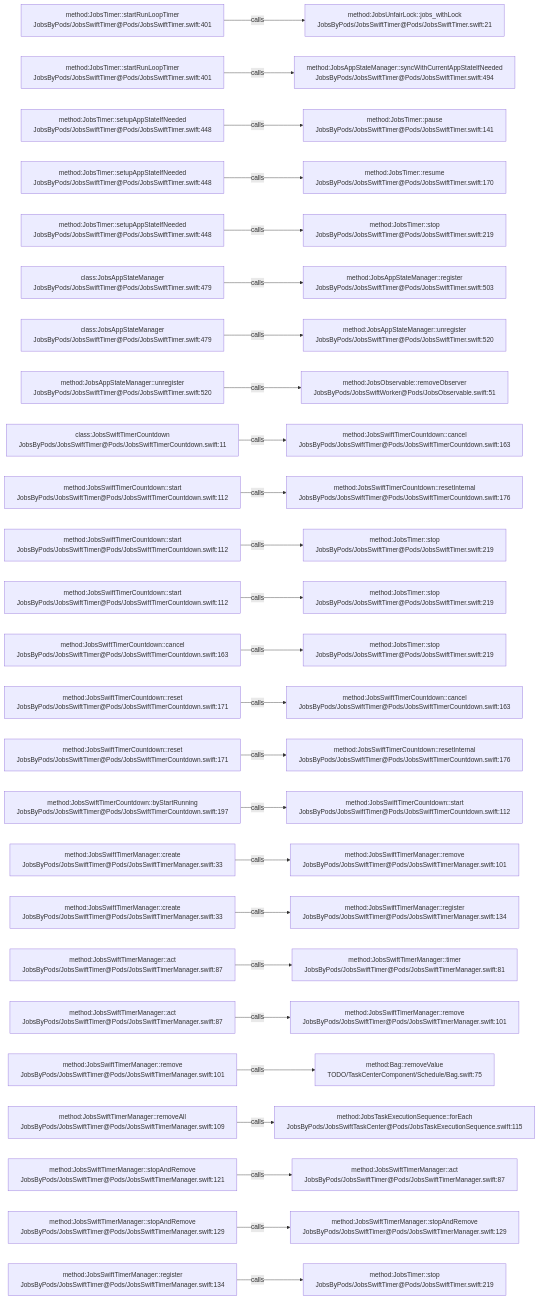
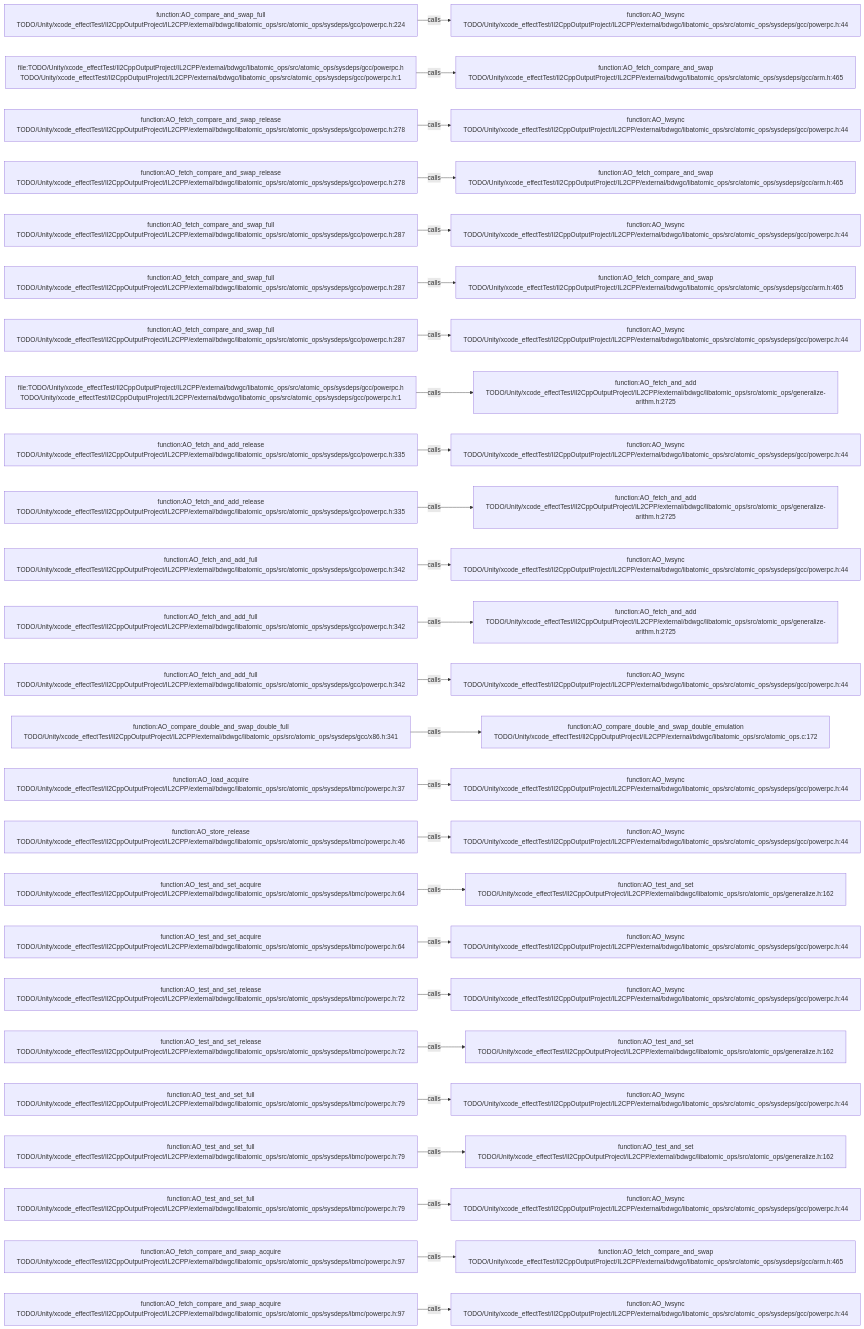
Before and after one commit to JobsKits/JobsSwiftBaseConfigDemo: the diagram in .codegraph/codegraph.md/graphs/calls-191.md, drawn with Mermaid. The commit also changed 569 other files, not shown here.

````diff
--- a/.codegraph/codegraph.md/graphs/calls-191.md
+++ b/.codegraph/codegraph.md/graphs/calls-191.md
@@ -13,78 +13,78 @@
 ```mermaid
 flowchart LR
-  S1["method:JobsTimer::startRunLoopTimer<br/>JobsByPods/JobsSwiftTimer@Pods/JobsSwiftTimer.swift:401"]
-  T1["method:JobsUnfairLock::jobs_withLock<br/>JobsByPods/JobsSwiftTimer@Pods/JobsSwiftTimer.swift:21"]
+  S1["function:AO_compare_and_swap_full<br/>TODO/Unity/xcode_effectTest/Il2CppOutputProject/IL2CPP/external/bdwgc/libatomic_ops/src/atomic_ops/sysdeps/gcc/powerpc.h:224"]
+  T1["function:AO_lwsync<br/>TODO/Unity/xcode_effectTest/Il2CppOutputProject/IL2CPP/external/bdwgc/libatomic_ops/src/atomic_ops/sysdeps/gcc/powerpc.h:44"]
   S1 -->|calls| T1
-  S2["method:JobsTimer::startRunLoopTimer<br/>JobsByPods/JobsSwiftTimer@Pods/JobsSwiftTimer.swift:401"]
-  T2["method:JobsAppStateManager::syncWithCurrentAppStateIfNeeded<br/>JobsByPods/JobsSwiftTimer@Pods/JobsSwiftTimer.swift:494"]
+  S2["file:TODO/Unity/xcode_effectTest/Il2CppOutputProject/IL2CPP/external/bdwgc/libatomic_ops/src/atomic_ops/sysdeps/gcc/powerpc.h<br/>TODO/Unity/xcode_effectTest/Il2CppOutputProject/IL2CPP/external/bdwgc/libatomic_ops/src/atomic_ops/sysdeps/gcc/powerpc.h:1"]
+  T2["function:AO_fetch_compare_and_swap<br/>TODO/Unity/xcode_effectTest/Il2CppOutputProject/IL2CPP/external/bdwgc/libatomic_ops/src/atomic_ops/sysdeps/gcc/arm.h:465"]
   S2 -->|calls| T2
-  S3["method:JobsTimer::setupAppStateIfNeeded<br/>JobsByPods/JobsSwiftTimer@Pods/JobsSwiftTimer.swift:448"]
-  T3["method:JobsTimer::pause<br/>JobsByPods/JobsSwiftTimer@Pods/JobsSwiftTimer.swift:141"]
+  S3["function:AO_fetch_compare_and_swap_release<br/>TODO/Unity/xcode_effectTest/Il2CppOutputProject/IL2CPP/external/bdwgc/libatomic_ops/src/atomic_ops/sysdeps/gcc/powerpc.h:278"]
+  T3["function:AO_lwsync<br/>TODO/Unity/xcode_effectTest/Il2CppOutputProject/IL2CPP/external/bdwgc/libatomic_ops/src/atomic_ops/sysdeps/gcc/powerpc.h:44"]
   S3 -->|calls| T3
-  S4["method:JobsTimer::setupAppStateIfNeeded<br/>JobsByPods/JobsSwiftTimer@Pods/JobsSwiftTimer.swift:448"]
-  T4["method:JobsTimer::resume<br/>JobsByPods/JobsSwiftTimer@Pods/JobsSwiftTimer.swift:170"]
+  S4["function:AO_fetch_compare_and_swap_release<br/>TODO/Unity/xcode_effectTest/Il2CppOutputProject/IL2CPP/external/bdwgc/libatomic_ops/src/atomic_ops/sysdeps/gcc/powerpc.h:278"]
+  T4["function:AO_fetch_compare_and_swap<br/>TODO/Unity/xcode_effectTest/Il2CppOutputProject/IL2CPP/external/bdwgc/libatomic_ops/src/atomic_ops/sysdeps/gcc/arm.h:465"]
   S4 -->|calls| T4
-  S5["method:JobsTimer::setupAppStateIfNeeded<br/>JobsByPods/JobsSwiftTimer@Pods/JobsSwiftTimer.swift:448"]
-  T5["method:JobsTimer::stop<br/>JobsByPods/JobsSwiftTimer@Pods/JobsSwiftTimer.swift:219"]
+  S5["function:AO_fetch_compare_and_swap_full<br/>TODO/Unity/xcode_effectTest/Il2CppOutputProject/IL2CPP/external/bdwgc/libatomic_ops/src/atomic_ops/sysdeps/gcc/powerpc.h:287"]
+  T5["function:AO_lwsync<br/>TODO/Unity/xcode_effectTest/Il2CppOutputProject/IL2CPP/external/bdwgc/libatomic_ops/src/atomic_ops/sysdeps/gcc/powerpc.h:44"]
   S5 -->|calls| T5
-  S6["class:JobsAppStateManager<br/>JobsByPods/JobsSwiftTimer@Pods/JobsSwiftTimer.swift:479"]
-  T6["method:JobsAppStateManager::register<br/>JobsByPods/JobsSwiftTimer@Pods/JobsSwiftTimer.swift:503"]
+  S6["function:AO_fetch_compare_and_swap_full<br/>TODO/Unity/xcode_effectTest/Il2CppOutputProject/IL2CPP/external/bdwgc/libatomic_ops/src/atomic_ops/sysdeps/gcc/powerpc.h:287"]
+  T6["function:AO_fetch_compare_and_swap<br/>TODO/Unity/xcode_effectTest/Il2CppOutputProject/IL2CPP/external/bdwgc/libatomic_ops/src/atomic_ops/sysdeps/gcc/arm.h:465"]
   S6 -->|calls| T6
-  S7["class:JobsAppStateManager<br/>JobsByPods/JobsSwiftTimer@Pods/JobsSwiftTimer.swift:479"]
-  T7["method:JobsAppStateManager::unregister<br/>JobsByPods/JobsSwiftTimer@Pods/JobsSwiftTimer.swift:520"]
+  S7["function:AO_fetch_compare_and_swap_full<br/>TODO/Unity/xcode_effectTest/Il2CppOutputProject/IL2CPP/external/bdwgc/libatomic_ops/src/atomic_ops/sysdeps/gcc/powerpc.h:287"]
+  T7["function:AO_lwsync<br/>TODO/Unity/xcode_effectTest/Il2CppOutputProject/IL2CPP/external/bdwgc/libatomic_ops/src/atomic_ops/sysdeps/gcc/powerpc.h:44"]
   S7 -->|calls| T7
-  S8["method:JobsAppStateManager::unregister<br/>JobsByPods/JobsSwiftTimer@Pods/JobsSwiftTimer.swift:520"]
-  T8["method:JobsObservable::removeObserver<br/>JobsByPods/JobsSwiftWorker@Pods/JobsObservable.swift:51"]
+  S8["file:TODO/Unity/xcode_effectTest/Il2CppOutputProject/IL2CPP/external/bdwgc/libatomic_ops/src/atomic_ops/sysdeps/gcc/powerpc.h<br/>TODO/Unity/xcode_effectTest/Il2CppOutputProject/IL2CPP/external/bdwgc/libatomic_ops/src/atomic_ops/sysdeps/gcc/powerpc.h:1"]
+  T8["function:AO_fetch_and_add<br/>TODO/Unity/xcode_effectTest/Il2CppOutputProject/IL2CPP/external/bdwgc/libatomic_ops/src/atomic_ops/generalize-arithm.h:2725"]
   S8 -->|calls| T8
-  S9["class:JobsSwiftTimerCountdown<br/>JobsByPods/JobsSwiftTimer@Pods/JobsSwiftTimerCountdown.swift:11"]
-  T9["method:JobsSwiftTimerCountdown::cancel<br/>JobsByPods/JobsSwiftTimer@Pods/JobsSwiftTimerCountdown.swift:163"]
+  S9["function:AO_fetch_and_add_release<br/>TODO/Unity/xcode_effectTest/Il2CppOutputProject/IL2CPP/external/bdwgc/libatomic_ops/src/atomic_ops/sysdeps/gcc/powerpc.h:335"]
+  T9["function:AO_lwsync<br/>TODO/Unity/xcode_effectTest/Il2CppOutputProject/IL2CPP/external/bdwgc/libatomic_ops/src/atomic_ops/sysdeps/gcc/powerpc.h:44"]
   S9 -->|calls| T9
-  S10["method:JobsSwiftTimerCountdown::start<br/>JobsByPods/JobsSwiftTimer@Pods/JobsSwiftTimerCountdown.swift:112"]
-  T10["method:JobsSwiftTimerCountdown::resetInternal<br/>JobsByPods/JobsSwiftTimer@Pods/JobsSwiftTimerCountdown.swift:176"]
+  S10["function:AO_fetch_and_add_release<br/>TODO/Unity/xcode_effectTest/Il2CppOutputProject/IL2CPP/external/bdwgc/libatomic_ops/src/atomic_ops/sysdeps/gcc/powerpc.h:335"]
+  T10["function:AO_fetch_and_add<br/>TODO/Unity/xcode_effectTest/Il2CppOutputProject/IL2CPP/external/bdwgc/libatomic_ops/src/atomic_ops/generalize-arithm.h:2725"]
   S10 -->|calls| T10
-  S11["method:JobsSwiftTimerCountdown::start<br/>JobsByPods/JobsSwiftTimer@Pods/JobsSwiftTimerCountdown.swift:112"]
-  T11["method:JobsTimer::stop<br/>JobsByPods/JobsSwiftTimer@Pods/JobsSwiftTimer.swift:219"]
+  S11["function:AO_fetch_and_add_full<br/>TODO/Unity/xcode_effectTest/Il2CppOutputProject/IL2CPP/external/bdwgc/libatomic_ops/src/atomic_ops/sysdeps/gcc/powerpc.h:342"]
+  T11["function:AO_lwsync<br/>TODO/Unity/xcode_effectTest/Il2CppOutputProject/IL2CPP/external/bdwgc/libatomic_ops/src/atomic_ops/sysdeps/gcc/powerpc.h:44"]
   S11 -->|calls| T11
-  S12["method:JobsSwiftTimerCountdown::start<br/>JobsByPods/JobsSwiftTimer@Pods/JobsSwiftTimerCountdown.swift:112"]
-  T12["method:JobsTimer::stop<br/>JobsByPods/JobsSwiftTimer@Pods/JobsSwiftTimer.swift:219"]
+  S12["function:AO_fetch_and_add_full<br/>TODO/Unity/xcode_effectTest/Il2CppOutputProject/IL2CPP/external/bdwgc/libatomic_ops/src/atomic_ops/sysdeps/gcc/powerpc.h:342"]
+  T12["function:AO_fetch_and_add<br/>TODO/Unity/xcode_effectTest/Il2CppOutputProject/IL2CPP/external/bdwgc/libatomic_ops/src/atomic_ops/generalize-arithm.h:2725"]
   S12 -->|calls| T12
-  S13["method:JobsSwiftTimerCountdown::cancel<br/>JobsByPods/JobsSwiftTimer@Pods/JobsSwiftTimerCountdown.swift:163"]
-  T13["method:JobsTimer::stop<br/>JobsByPods/JobsSwiftTimer@Pods/JobsSwiftTimer.swift:219"]
+  S13["function:AO_fetch_and_add_full<br/>TODO/Unity/xcode_effectTest/Il2CppOutputProject/IL2CPP/external/bdwgc/libatomic_ops/src/atomic_ops/sysdeps/gcc/powerpc.h:342"]
+  T13["function:AO_lwsync<br/>TODO/Unity/xcode_effectTest/Il2CppOutputProject/IL2CPP/external/bdwgc/libatomic_ops/src/atomic_ops/sysdeps/gcc/powerpc.h:44"]
   S13 -->|calls| T13
-  S14["method:JobsSwiftTimerCountdown::reset<br/>JobsByPods/JobsSwiftTimer@Pods/JobsSwiftTimerCountdown.swift:171"]
-  T14["method:JobsSwiftTimerCountdown::cancel<br/>JobsByPods/JobsSwiftTimer@Pods/JobsSwiftTimerCountdown.swift:163"]
+  S14["function:AO_compare_double_and_swap_double_full<br/>TODO/Unity/xcode_effectTest/Il2CppOutputProject/IL2CPP/external/bdwgc/libatomic_ops/src/atomic_ops/sysdeps/gcc/x86.h:341"]
+  T14["function:AO_compare_double_and_swap_double_emulation<br/>TODO/Unity/xcode_effectTest/Il2CppOutputProject/IL2CPP/external/bdwgc/libatomic_ops/src/atomic_ops.c:172"]
   S14 -->|calls| T14
-  S15["method:JobsSwiftTimerCountdown::reset<br/>JobsByPods/JobsSwiftTimer@Pods/JobsSwiftTimerCountdown.swift:171"]
-  T15["method:JobsSwiftTimerCountdown::resetInternal<br/>JobsByPods/JobsSwiftTimer@Pods/JobsSwiftTimerCountdown.swift:176"]
+  S15["function:AO_load_acquire<br/>TODO/Unity/xcode_effectTest/Il2CppOutputProject/IL2CPP/external/bdwgc/libatomic_ops/src/atomic_ops/sysdeps/ibmc/powerpc.h:37"]
+  T15["function:AO_lwsync<br/>TODO/Unity/xcode_effectTest/Il2CppOutputProject/IL2CPP/external/bdwgc/libatomic_ops/src/atomic_ops/sysdeps/gcc/powerpc.h:44"]
   S15 -->|calls| T15
-  S16["method:JobsSwiftTimerCountdown::byStartRunning<br/>JobsByPods/JobsSwiftTimer@Pods/JobsSwiftTimerCountdown.swift:197"]
-  T16["method:JobsSwiftTimerCountdown::start<br/>JobsByPods/JobsSwiftTimer@Pods/JobsSwiftTimerCountdown.swift:112"]
+  S16["function:AO_store_release<br/>TODO/Unity/xcode_effectTest/Il2CppOutputProject/IL2CPP/external/bdwgc/libatomic_ops/src/atomic_ops/sysdeps/ibmc/powerpc.h:46"]
+  T16["function:AO_lwsync<br/>TODO/Unity/xcode_effectTest/Il2CppOutputProject/IL2CPP/external/bdwgc/libatomic_ops/src/atomic_ops/sysdeps/gcc/powerpc.h:44"]
   S16 -->|calls| T16
-  S17["method:JobsSwiftTimerManager::create<br/>JobsByPods/JobsSwiftTimer@Pods/JobsSwiftTimerManager.swift:33"]
-  T17["method:JobsSwiftTimerManager::remove<br/>JobsByPods/JobsSwiftTimer@Pods/JobsSwiftTimerManager.swift:101"]
+  S17["function:AO_test_and_set_acquire<br/>TODO/Unity/xcode_effectTest/Il2CppOutputProject/IL2CPP/external/bdwgc/libatomic_ops/src/atomic_ops/sysdeps/ibmc/powerpc.h:64"]
+  T17["function:AO_test_and_set<br/>TODO/Unity/xcode_effectTest/Il2CppOutputProject/IL2CPP/external/bdwgc/libatomic_ops/src/atomic_ops/generalize.h:162"]
   S17 -->|calls| T17
-  S18["method:JobsSwiftTimerManager::create<br/>JobsByPods/JobsSwiftTimer@Pods/JobsSwiftTimerManager.swift:33"]
-  T18["method:JobsSwiftTimerManager::register<br/>JobsByPods/JobsSwiftTimer@Pods/JobsSwiftTimerManager.swift:134"]
+  S18["function:AO_test_and_set_acquire<br/>TODO/Unity/xcode_effectTest/Il2CppOutputProject/IL2CPP/external/bdwgc/libatomic_ops/src/atomic_ops/sysdeps/ibmc/powerpc.h:64"]
+  T18["function:AO_lwsync<br/>TODO/Unity/xcode_effectTest/Il2CppOutputProject/IL2CPP/external/bdwgc/libatomic_ops/src/atomic_ops/sysdeps/gcc/powerpc.h:44"]
   S18 -->|calls| T18
-  S19["method:JobsSwiftTimerManager::act<br/>JobsByPods/JobsSwiftTimer@Pods/JobsSwiftTimerManager.swift:87"]
-  T19["method:JobsSwiftTimerManager::timer<br/>JobsByPods/JobsSwiftTimer@Pods/JobsSwiftTimerManager.swift:81"]
+  S19["function:AO_test_and_set_release<br/>TODO/Unity/xcode_effectTest/Il2CppOutputProject/IL2CPP/external/bdwgc/libatomic_ops/src/atomic_ops/sysdeps/ibmc/powerpc.h:72"]
+  T19["function:AO_lwsync<br/>TODO/Unity/xcode_effectTest/Il2CppOutputProject/IL2CPP/external/bdwgc/libatomic_ops/src/atomic_ops/sysdeps/gcc/powerpc.h:44"]
   S19 -->|calls| T19
-  S20["method:JobsSwiftTimerManager::act<br/>JobsByPods/JobsSwiftTimer@Pods/JobsSwiftTimerManager.swift:87"]
-  T20["method:JobsSwiftTimerManager::remove<br/>JobsByPods/JobsSwiftTimer@Pods/JobsSwiftTimerManager.swift:101"]
+  S20["function:AO_test_and_set_release<br/>TODO/Unity/xcode_effectTest/Il2CppOutputProject/IL2CPP/external/bdwgc/libatomic_ops/src/atomic_ops/sysdeps/ibmc/powerpc.h:72"]
+  T20["function:AO_test_and_set<br/>TODO/Unity/xcode_effectTest/Il2CppOutputProject/IL2CPP/external/bdwgc/libatomic_ops/src/atomic_ops/generalize.h:162"]
   S20 -->|calls| T20
-  S21["method:JobsSwiftTimerManager::remove<br/>JobsByPods/JobsSwiftTimer@Pods/JobsSwiftTimerManager.swift:101"]
-  T21["method:Bag::removeValue<br/>TODO/TaskCenterComponent/Schedule/Bag.swift:75"]
+  S21["function:AO_test_and_set_full<br/>TODO/Unity/xcode_effectTest/Il2CppOutputProject/IL2CPP/external/bdwgc/libatomic_ops/src/atomic_ops/sysdeps/ibmc/powerpc.h:79"]
+  T21["function:AO_lwsync<br/>TODO/Unity/xcode_effectTest/Il2CppOutputProject/IL2CPP/external/bdwgc/libatomic_ops/src/atomic_ops/sysdeps/gcc/powerpc.h:44"]
   S21 -->|calls| T21
-  S22["method:JobsSwiftTimerManager::removeAll<br/>JobsByPods/JobsSwiftTimer@Pods/JobsSwiftTimerManager.swift:109"]
-  T22["method:JobsTaskExecutionSequence::forEach<br/>JobsByPods/JobsSwiftTaskCenter@Pods/JobsTaskExecutionSequence.swift:115"]
+  S22["function:AO_test_and_set_full<br/>TODO/Unity/xcode_effectTest/Il2CppOutputProject/IL2CPP/external/bdwgc/libatomic_ops/src/atomic_ops/sysdeps/ibmc/powerpc.h:79"]
+  T22["function:AO_test_and_set<br/>TODO/Unity/xcode_effectTest/Il2CppOutputProject/IL2CPP/external/bdwgc/libatomic_ops/src/atomic_ops/generalize.h:162"]
   S22 -->|calls| T22
-  S23["method:JobsSwiftTimerManager::stopAndRemove<br/>JobsByPods/JobsSwiftTimer@Pods/JobsSwiftTimerManager.swift:121"]
-  T23["method:JobsSwiftTimerManager::act<br/>JobsByPods/JobsSwiftTimer@Pods/JobsSwiftTimerManager.swift:87"]
+  S23["function:AO_test_and_set_full<br/>TODO/Unity/xcode_effectTest/Il2CppOutputProject/IL2CPP/external/bdwgc/libatomic_ops/src/atomic_ops/sysdeps/ibmc/powerpc.h:79"]
+  T23["function:AO_lwsync<br/>TODO/Unity/xcode_effectTest/Il2CppOutputProject/IL2CPP/external/bdwgc/libatomic_ops/src/atomic_ops/sysdeps/gcc/powerpc.h:44"]
   S23 -->|calls| T23
-  S24["method:JobsSwiftTimerManager::stopAndRemove<br/>JobsByPods/JobsSwiftTimer@Pods/JobsSwiftTimerManager.swift:129"]
-  T24["method:JobsSwiftTimerManager::stopAndRemove<br/>JobsByPods/JobsSwiftTimer@Pods/JobsSwiftTimerManager.swift:129"]
+  S24["function:AO_fetch_compare_and_swap_acquire<br/>TODO/Unity/xcode_effectTest/Il2CppOutputProject/IL2CPP/external/bdwgc/libatomic_ops/src/atomic_ops/sysdeps/ibmc/powerpc.h:97"]
+  T24["function:AO_fetch_compare_and_swap<br/>TODO/Unity/xcode_effectTest/Il2CppOutputProject/IL2CPP/external/bdwgc/libatomic_ops/src/atomic_ops/sysdeps/gcc/arm.h:465"]
   S24 -->|calls| T24
-  S25["method:JobsSwiftTimerManager::register<br/>JobsByPods/JobsSwiftTimer@Pods/JobsSwiftTimerManager.swift:134"]
-  T25["method:JobsTimer::stop<br/>JobsByPods/JobsSwiftTimer@Pods/JobsSwiftTimer.swift:219"]
+  S25["function:AO_fetch_compare_and_swap_acquire<br/>TODO/Unity/xcode_effectTest/Il2CppOutputProject/IL2CPP/external/bdwgc/libatomic_ops/src/atomic_ops/sysdeps/ibmc/powerpc.h:97"]
+  T25["function:AO_lwsync<br/>TODO/Unity/xcode_effectTest/Il2CppOutputProject/IL2CPP/external/bdwgc/libatomic_ops/src/atomic_ops/sysdeps/gcc/powerpc.h:44"]
   S25 -->|calls| T25
 ```
````
